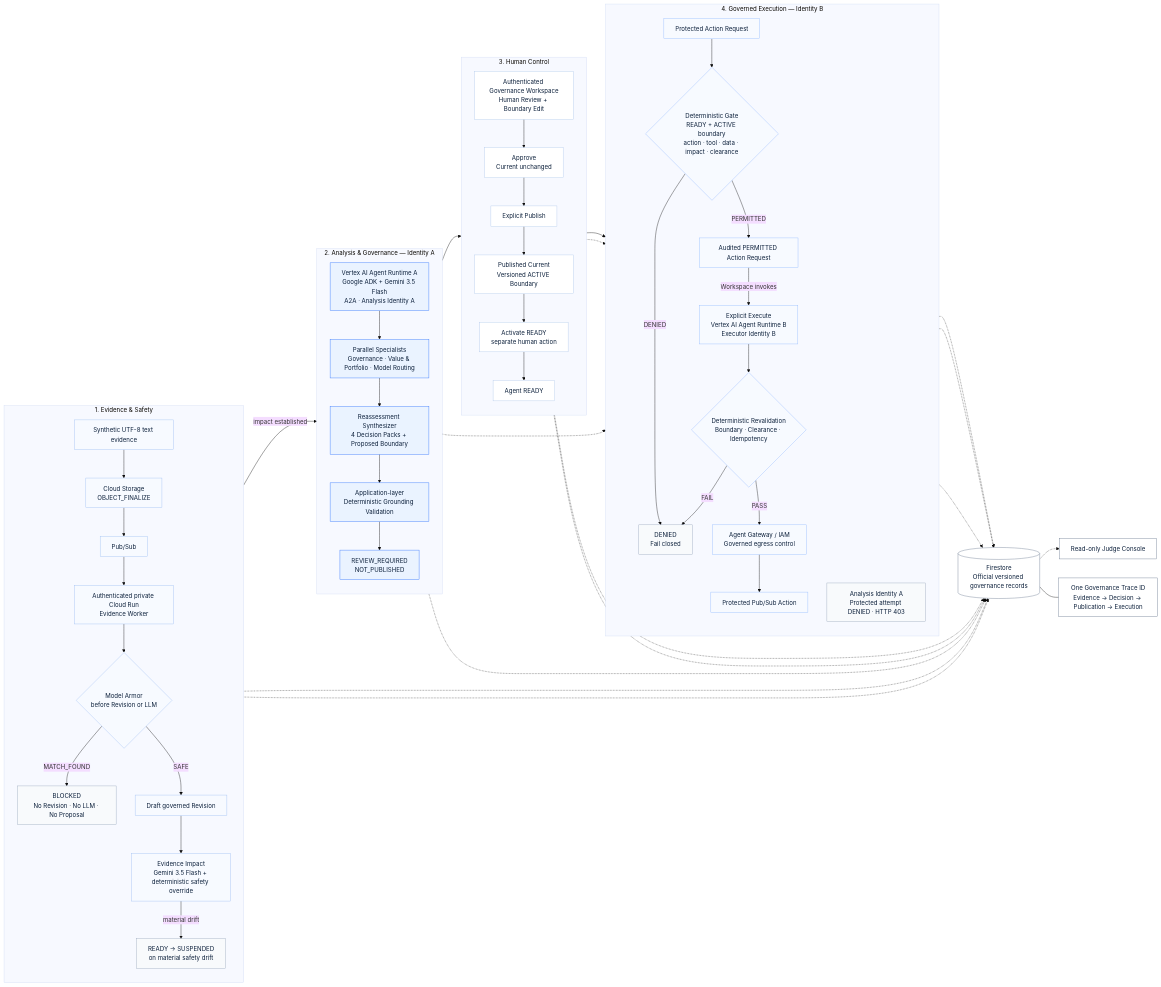
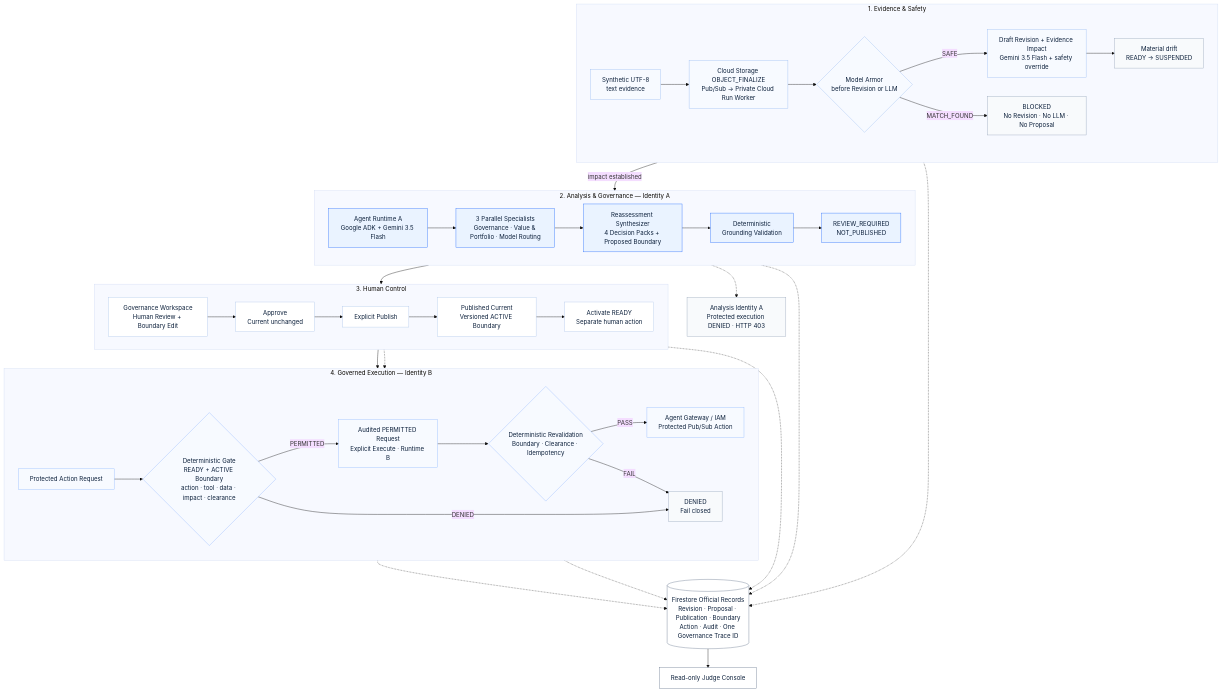
The diagram in docs/architecture/readinessops-architecture.mmd (solidfdn/readinessops-agent-fleet-governance), drawn with Mermaid (base theme) before and after one commit. The commit also changed 1 other file, not shown here.

Commit message:
Improve Mermaid architecture readability

```diff
--- a/docs/architecture/readinessops-architecture.mmd
+++ b/docs/architecture/readinessops-architecture.mmd
@@ -1,95 +1,79 @@
-flowchart LR
+flowchart TB
   subgraph E["1. Evidence & Safety"]
-    direction TB
-    EV["Synthetic UTF-8 text evidence"]
-    GCS["Cloud Storage<br/>OBJECT_FINALIZE"]
-    PS["Pub/Sub"]
-    EW["Authenticated private Cloud Run<br/>Evidence Worker"]
+    direction LR
+    EV["Synthetic UTF-8<br/>text evidence"]
+    INGEST["Cloud Storage OBJECT_FINALIZE<br/>Pub/Sub → Private Cloud Run Worker"]
     MA{"Model Armor<br/>before Revision or LLM"}
-    BL["BLOCKED<br/>No Revision · No LLM · No Proposal"]
-    REV["Draft governed Revision"]
-    EI["Evidence Impact<br/>Gemini 3.5 Flash + deterministic safety override"]
-    SU["READY → SUSPENDED<br/>on material safety drift"]
-    EV --> GCS --> PS --> EW --> MA
-    MA -->|MATCH_FOUND| BL
-    MA -->|SAFE| REV
-    REV --> EI
-    EI -->|material drift| SU
+    IMP["Draft Revision + Evidence Impact<br/>Gemini 3.5 Flash + safety override"]
+    BLOCK["BLOCKED<br/>No Revision · No LLM · No Proposal"]
+    SUSP["Material drift<br/>READY → SUSPENDED"]
+    EV --> INGEST --> MA
+    MA -->|SAFE| IMP
+    MA -->|MATCH_FOUND| BLOCK
+    IMP --> SUSP
   end
 
   subgraph A["2. Analysis & Governance — Identity A"]
-    direction TB
-    RTA["Vertex AI Agent Runtime A<br/>Google ADK + Gemini 3.5 Flash<br/>A2A · Analysis Identity A"]
-    SP["Parallel Specialists<br/>Governance · Value & Portfolio · Model Routing"]
-    SY["Reassessment Synthesizer<br/>4 Decision Packs + Proposed Boundary"]
-    GV["Application-layer<br/>Deterministic Grounding Validation"]
+    direction LR
+    RTA["Agent Runtime A<br/>Google ADK + Gemini 3.5 Flash"]
+    SP["3 Parallel Specialists<br/>Governance · Value & Portfolio · Model Routing"]
+    SYN["Reassessment Synthesizer<br/>4 Decision Packs + Proposed Boundary"]
+    GV["Deterministic<br/>Grounding Validation"]
     PROP["REVIEW_REQUIRED<br/>NOT_PUBLISHED"]
-    RTA --> SP --> SY --> GV --> PROP
+    RTA --> SP --> SYN --> GV --> PROP
   end
 
   subgraph H["3. Human Control"]
-    direction TB
-    WS["Authenticated Governance Workspace<br/>Human Review + Boundary Edit"]
-    AP["Approve<br/>Current unchanged"]
+    direction LR
+    WS["Governance Workspace<br/>Human Review + Boundary Edit"]
+    APP["Approve<br/>Current unchanged"]
     PUB["Explicit Publish"]
     BND["Published Current<br/>Versioned ACTIVE Boundary"]
-    ACTV["Activate READY<br/>separate human action"]
-    READY["Agent READY"]
-    WS --> AP --> PUB --> BND --> ACTV --> READY
+    READY["Activate READY<br/>Separate human action"]
+    WS --> APP --> PUB --> BND --> READY
   end
 
   subgraph X["4. Governed Execution — Identity B"]
-    direction TB
+    direction LR
     REQ["Protected Action Request"]
-    GATE{"Deterministic Gate<br/>READY + ACTIVE boundary<br/>action · tool · data · impact · clearance"}
+    GATE{"Deterministic Gate<br/>READY + ACTIVE Boundary<br/>action · tool · data · impact · clearance"}
+    EXEC["Audited PERMITTED Request<br/>Explicit Execute · Runtime B"]
+    REVAL{"Deterministic Revalidation<br/>Boundary · Clearance · Idempotency"}
+    ACTION["Agent Gateway / IAM<br/>Protected Pub/Sub Action"]
     DENY["DENIED<br/>Fail closed"]
-    AR["Audited PERMITTED Action Request"]
-    RTB["Explicit Execute<br/>Vertex AI Agent Runtime B<br/>Executor Identity B"]
-    REVAL{"Deterministic Revalidation<br/>Boundary · Clearance · Idempotency"}
-    GW["Agent Gateway / IAM<br/>Governed egress control"]
-    PA["Protected Pub/Sub Action"]
-    IAD["Analysis Identity A<br/>Protected attempt DENIED · HTTP 403"]
     REQ --> GATE
+    GATE -->|PERMITTED| EXEC --> REVAL
+    REVAL -->|PASS| ACTION
     GATE -->|DENIED| DENY
-    GATE -->|PERMITTED| AR
-    AR -->|Workspace invokes| RTB
-    RTB --> REVAL
     REVAL -->|FAIL| DENY
-    REVAL -->|PASS| GW
-    GW --> PA
   end
 
-  EI -->|impact established| RTA
+  IMP -->|impact established| RTA
   PROP --> WS
   READY --> REQ
   BND -.-> GATE
-  RTA -.-> IAD
+  RTA -.-> IAD["Analysis Identity A<br/>Protected execution DENIED · HTTP 403"]
 
-  FS[(Firestore<br/>Official versioned governance records)]
+  FS[("Firestore Official Records<br/>Revision · Proposal · Publication · Boundary<br/>Action · Audit · One Governance Trace ID")]
   JUDGE["Read-only Judge Console"]
-  TRACE["One Governance Trace ID<br/>Evidence → Decision → Publication → Execution"]
 
-  EW -.-> FS
-  REV -.-> FS
+  IMP -.-> FS
   PROP -.-> FS
-  WS -.-> FS
   PUB -.-> FS
   GATE -.-> FS
-  AR -.-> FS
-  REVAL -.-> FS
-  FS -.-> JUDGE
-  FS --- TRACE
+  ACTION -.-> FS
+  FS --> JUDGE
 
   classDef security fill:#F7FAFF,stroke:#9ABCF2,color:#0B1F3A;
   classDef blocked fill:#F8FAFC,stroke:#94A3B8,color:#0B1F3A;
   classDef governance fill:#EAF3FF,stroke:#246BFD,color:#0B1F3A;
   classDef human fill:#FFFFFF,stroke:#AFC7EA,color:#0B1F3A;
   classDef execution fill:#F7FAFF,stroke:#8FB8FF,color:#0B1F3A;
   classDef record fill:#FFFFFF,stroke:#64748B,color:#0B1F3A;
 
-  class EV,GCS,PS,EW,MA,REV,EI security;
-  class BL,SU,DENY,IAD blocked;
-  class RTA,SP,SY,GV,PROP governance;
-  class WS,AP,PUB,BND,ACTV,READY human;
-  class REQ,GATE,AR,RTB,REVAL,GW,PA execution;
-  class FS,JUDGE,TRACE record;
+  class EV,INGEST,MA,IMP security;
+  class BLOCK,SUSP,DENY,IAD blocked;
+  class RTA,SP,SYN,GV,PROP governance;
+  class WS,APP,PUB,BND,READY human;
+  class REQ,GATE,EXEC,REVAL,ACTION execution;
+  class FS,JUDGE record;
```
